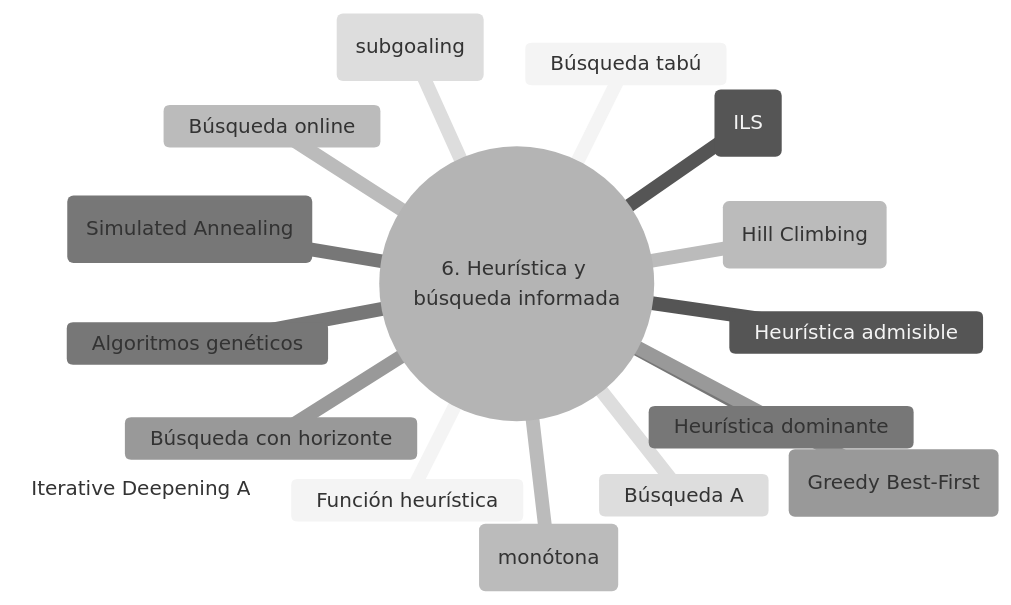
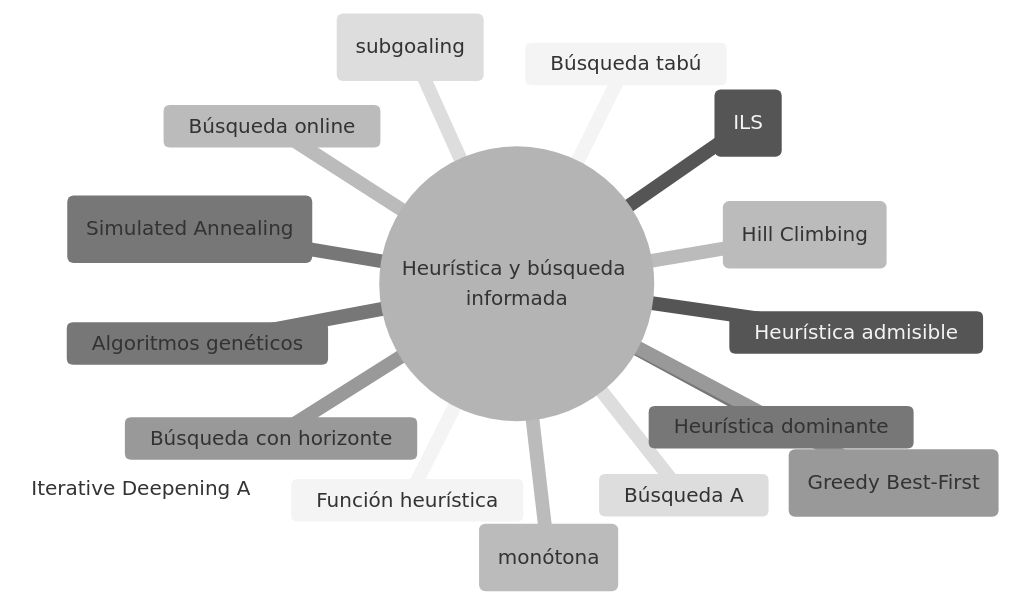
Before and after one commit to rgglez/rgglez-website: the sixth of 17 diagrams in src/src/data/blog/2026/05/es/glosario-razonamiento-planificacion.mdx, drawn with Mermaid (neutral theme). The commit also changed other lines of this file and 42 other files, not shown here.

````diff
--- a/src/src/data/blog/2026/05/es/glosario-razonamiento-planificacion.mdx
+++ b/src/src/data/blog/2026/05/es/glosario-razonamiento-planificacion.mdx
@@ -665,19 +679,19 @@
 ```mermaid
 mindmap
-  root((6. Heurística y búsqueda informada))
+  root(("Heurística y búsqueda informada"))
     Función heurística
     Heurística admisible
     Heurística consistente (monótona)
     Heurística dominante
     Búsqueda voraz primero el mejor (Greedy Best-First)
     Búsqueda A
     IDA (Iterative Deepening A)
     Búsqueda por subobjetivos (subgoaling)
     Búsqueda por ascenso de colinas (Hill Climbing)
     Búsqueda con horizonte
     Recocido simulado (Simulated Annealing)
     Búsqueda tabú
     Búsqueda local iterada (ILS)
     Búsqueda online
     Algoritmos genéticos
 ```
````
